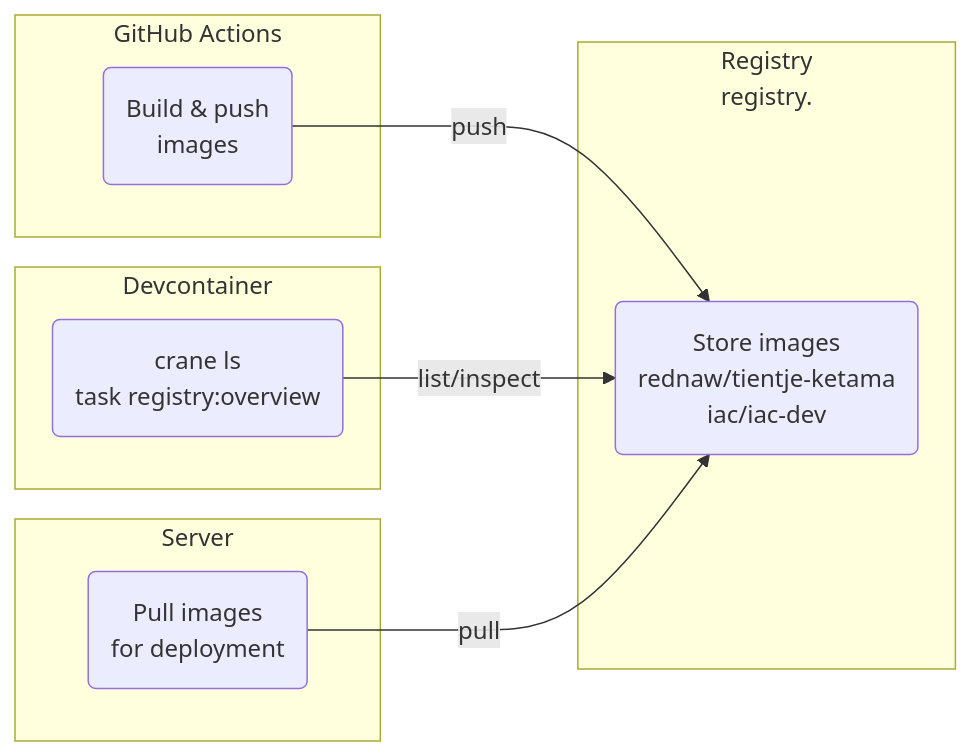
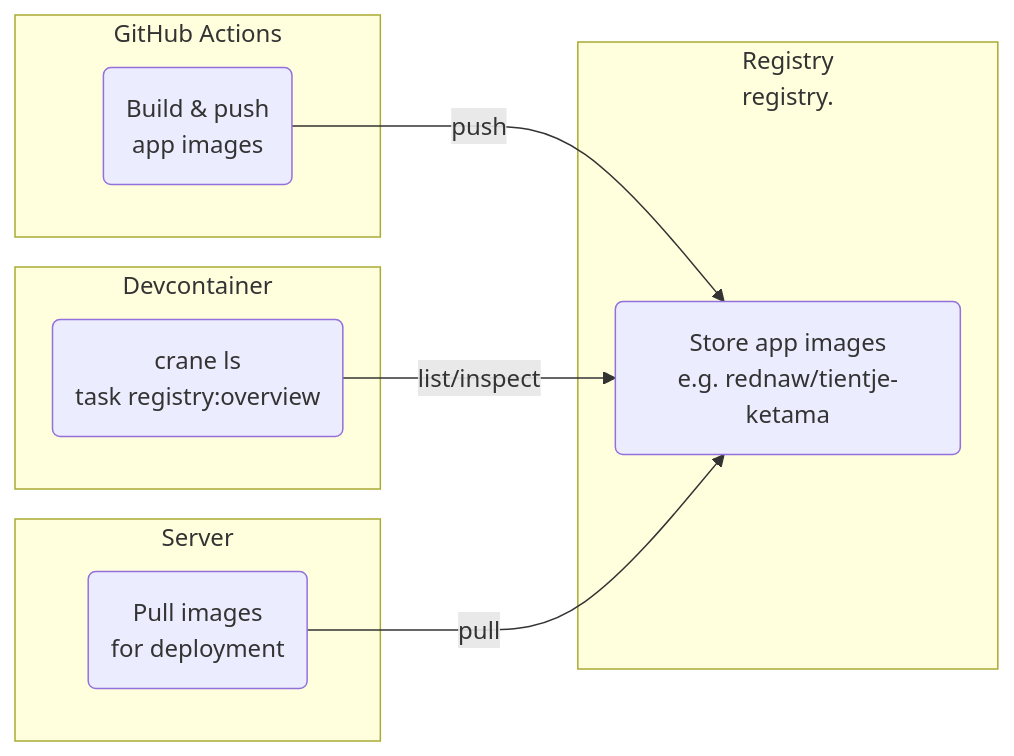
One commit to rednaw/iac changed the diagram in docs/registry.md. Above: the diagram before and after it, drawn with Mermaid. The commit also changed other lines of this file and 2 other files, not shown here.

Commit message:
better caching (#136)

````diff
--- a/docs/registry.md
+++ b/docs/registry.md
@@ -7,22 +7,22 @@
 ```mermaid
 flowchart LR
     subgraph GITHUB["GitHub Actions"]
-        A(Build & push<br/>images)
+        A(Build & push<br/>app images)
     end
     
     subgraph REGISTRY["Registry<br/>registry.<base_domain>"]
-        B(Store images<br/>rednaw/tientje-ketama<br/>iac/iac-dev)
+        B(Store app images<br/>e.g. rednaw/tientje-ketama)
     end
     
     subgraph DEVCONTAINER["Devcontainer"]
         C(crane ls<br/>task registry:overview)
     end
     
     subgraph SERVER["Server"]
         D(Pull images<br/>for deployment)
     end
     
     A -->|push| B
     C -->|list/inspect| B
     D -->|pull| B
 ```
````
